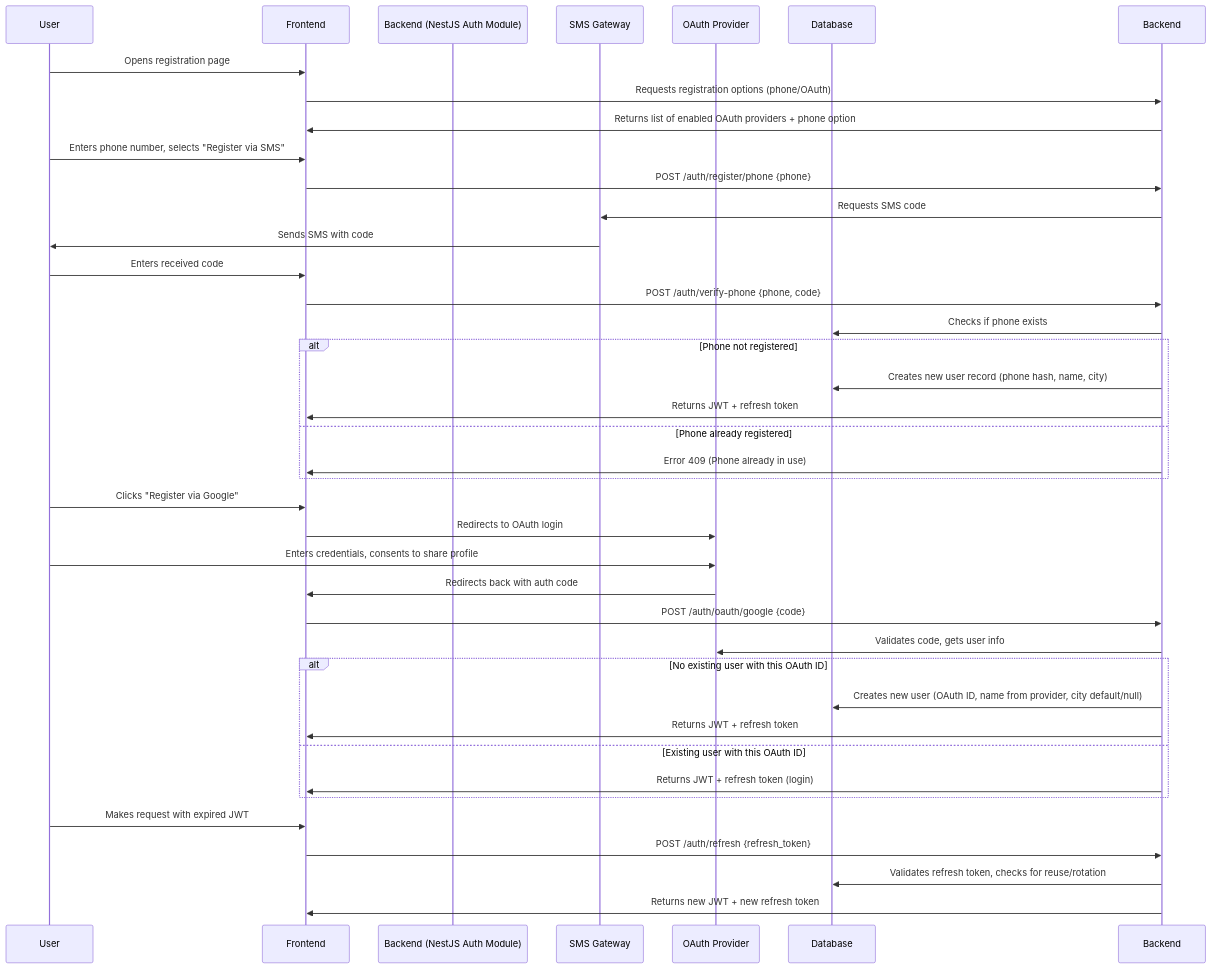
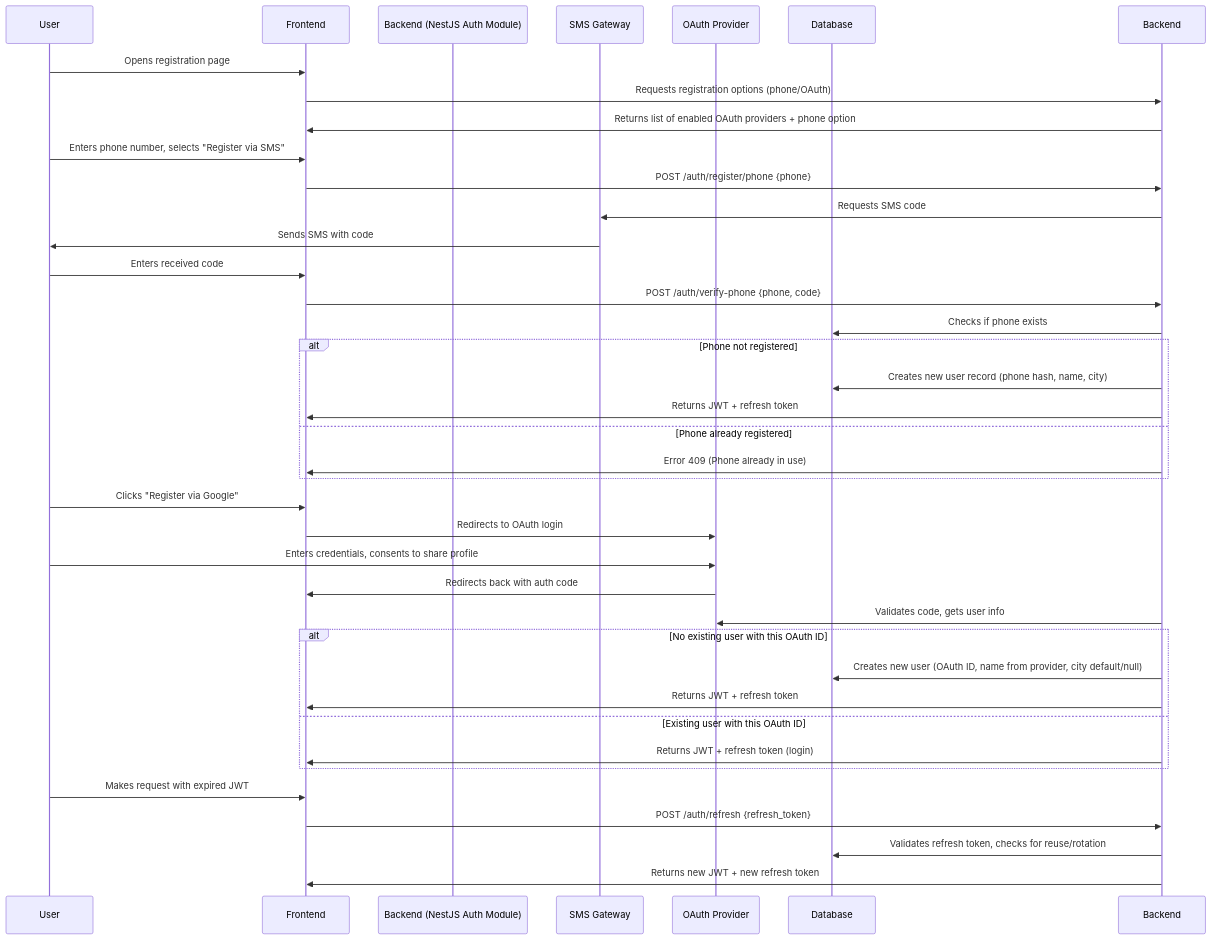
The diagram in docs/02-requirements/business-requirements/identity-domain.md (Aleksandr-Sulimenko/ZooLink), drawn with Mermaid before and after one commit. The commit also changed other lines of this file and 7 other files, not shown here.

````diff
--- a/docs/02-requirements/business-requirements/identity-domain.md
+++ b/docs/02-requirements/business-requirements/identity-domain.md
@@ -62,48 +64,47 @@
 ```mermaid
 sequenceDiagram
     participant User
     participant Frontend
     participant Backend (NestJS Auth Module)
     participant SMS Gateway
     participant OAuth Provider
     participant Database
 
     User->>Frontend: Opens registration page
     Frontend->>Backend: Requests registration options (phone/OAuth)
     Backend->>Frontend: Returns list of enabled OAuth providers + phone option
 
     %% Phone registration path
     User->>Frontend: Enters phone number, selects "Register via SMS"
     Frontend->>Backend: POST /auth/register/phone {phone}
     Backend->>SMS Gateway: Requests SMS code
     SMS Gateway->>User: Sends SMS with code
     User->>Frontend: Enters received code
     Frontend->>Backend: POST /auth/verify-phone {phone, code}
     Backend->>Database: Checks if phone exists
     alt Phone not registered
         Backend->>Database: Creates new user record (phone hash, name, city)
         Backend->>Frontend: Returns JWT + refresh token
     else Phone already registered
         Backend->>Frontend: Error 409 (Phone already in use)
     end
 
     %% OAuth registration path
     User->>Frontend: Clicks "Register via Google"
     Frontend->>OAuth Provider: Redirects to OAuth login
     User->>OAuth Provider: Enters credentials, consents to share profile
     OAuth Provider->>Frontend: Redirects back with auth code
-    Frontend->>Backend: POST /auth/oauth/google {code}
     Backend->>OAuth Provider: Validates code, gets user info
     alt No existing user with this OAuth ID
         Backend->>Database: Creates new user (OAuth ID, name from provider, city default/null)
         Backend->>Frontend: Returns JWT + refresh token
     else Existing user with this OAuth ID
         Backend->>Frontend: Returns JWT + refresh token (login)
     end
 
     %% Refresh token flow (common)
     User->>Frontend: Makes request with expired JWT
     Frontend->>Backend: POST /auth/refresh {refresh_token}
     Backend->>Database: Validates refresh token, checks for reuse/rotation
     Backend->>Frontend: Returns new JWT + new refresh token
 ```
````
